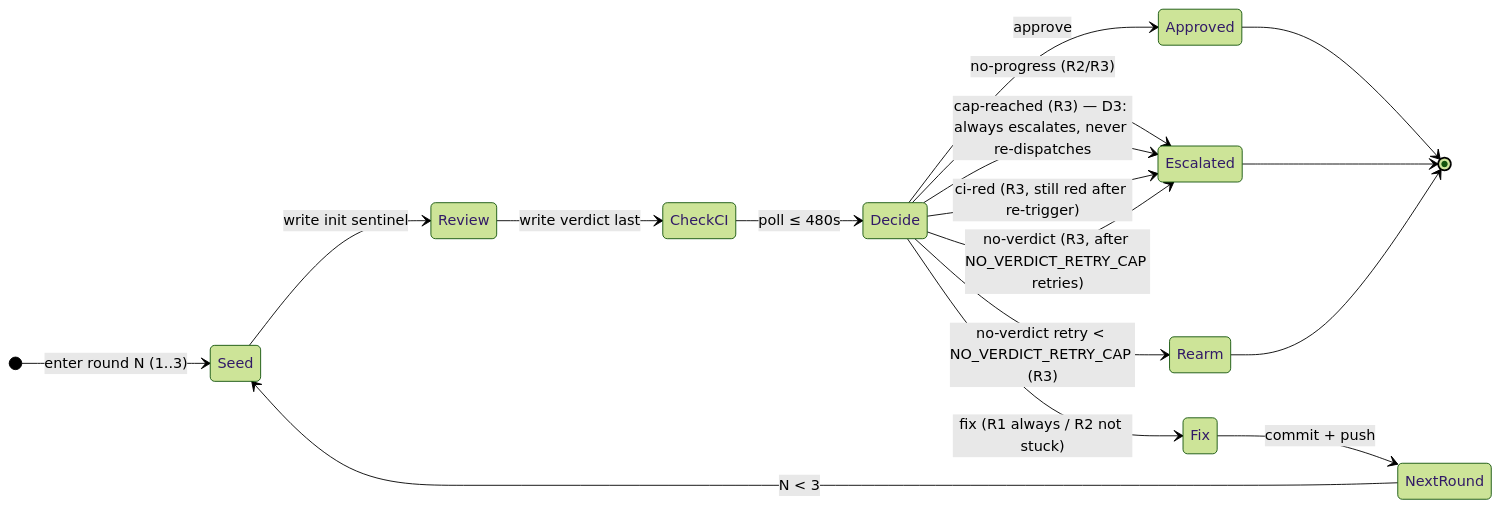
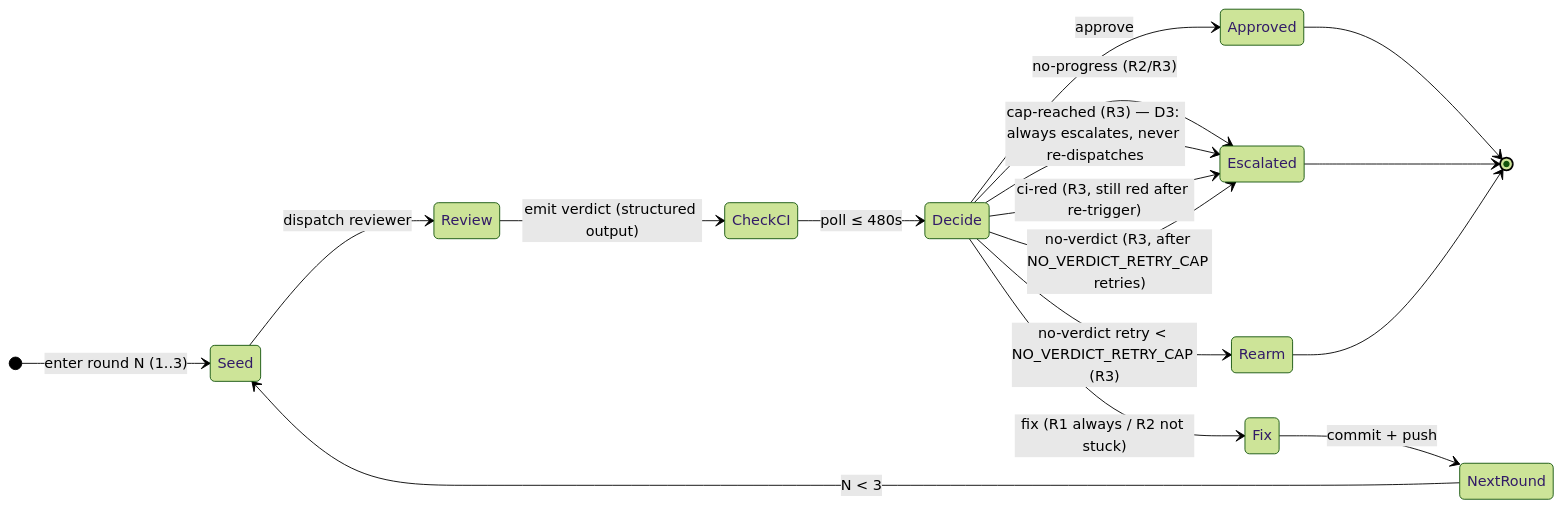
One commit to tuckermclean/orchestrator changed the second of 2 diagrams in SPEC.md. Above: the diagram before and after it, drawn with Mermaid (forest theme). The commit also changed other lines of this file and 12 other files, not shown here.

First line of the commit message:
feat(converge): verdict via agent output — stop committing sentinel files to the PR (SPEC §6/§8/§10.2)

````diff
--- a/SPEC.md
+++ b/SPEC.md
@@ -1255,20 +1250,20 @@
 ```mermaid
 stateDiagram-v2
     direction LR
     [*] --> Seed : enter round N (1..3)
-    Seed --> Review : write init sentinel
-    Review --> CheckCI : write verdict last
+    Seed --> Review : dispatch reviewer
+    Review --> CheckCI : emit verdict (structured output)
     CheckCI --> Decide : poll ≤ 480s
     Decide --> Approved : approve
     Decide --> Fix : fix (R1 always / R2 not stuck)
     Fix --> NextRound : commit + push
     NextRound --> Seed : N < 3
     Decide --> Escalated : no-progress (R2/R3)
     Decide --> Escalated : cap-reached (R3) — D3: always escalates, never re-dispatches
     Decide --> Escalated : ci-red (R3, still red after re-trigger)
     Decide --> Escalated : no-verdict (R3, after NO_VERDICT_RETRY_CAP retries)
     Decide --> Rearm : no-verdict retry < NO_VERDICT_RETRY_CAP (R3)
     Approved --> [*]
     Escalated --> [*]
     Rearm --> [*]
 ```
````
